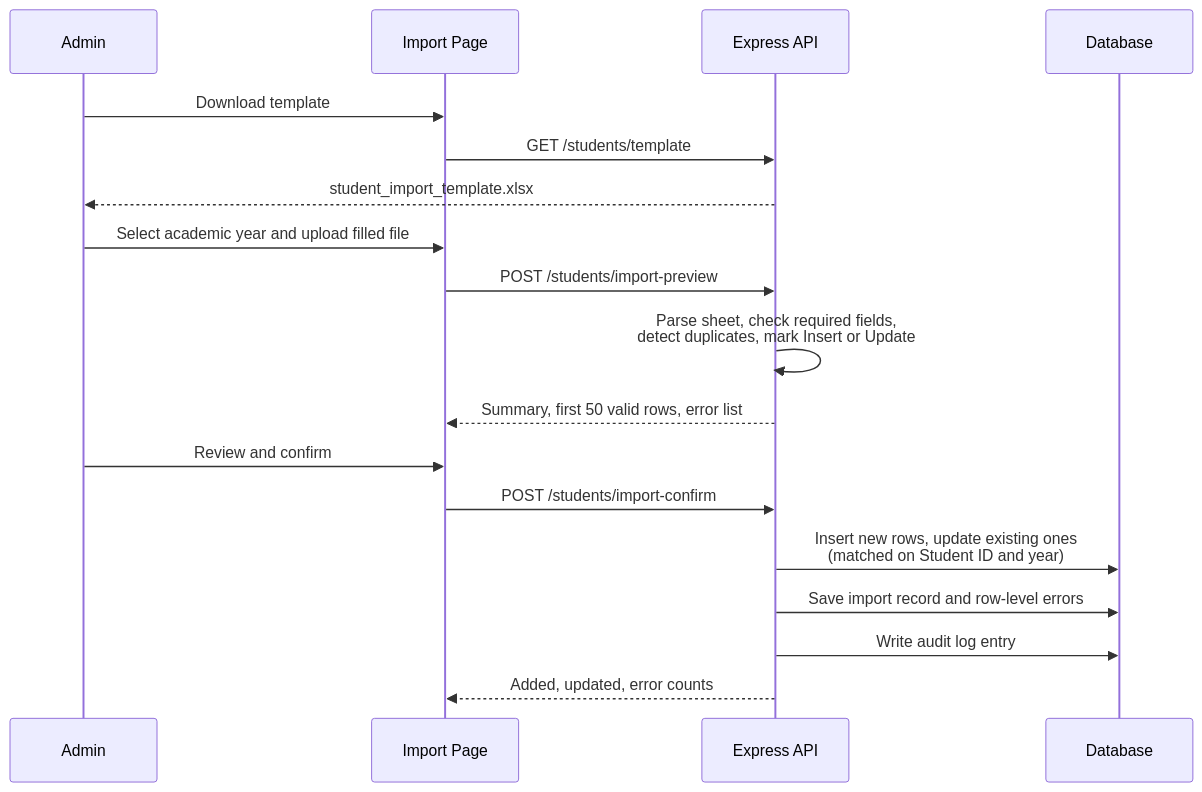
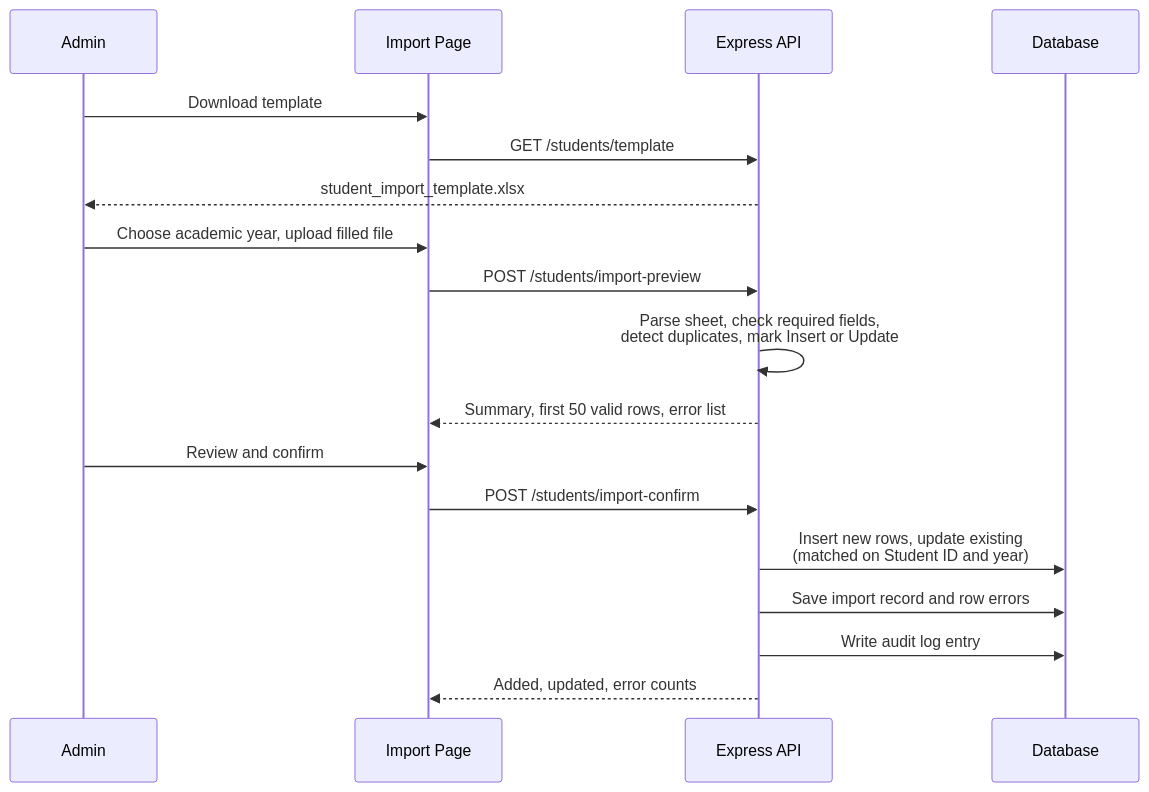
Before and after one commit to MahalaxmiKouchika/TSMS-dashboard: the fifth of 6 diagrams in README.md, drawn with Mermaid. The commit also changed other lines of this file, not shown here.

````diff
--- a/README.md
+++ b/README.md
@@ -423,21 +491,21 @@
 ```mermaid
 sequenceDiagram
     participant A as Admin
     participant UI as Import Page
     participant API as Express API
     participant DB as Database
  
     A->>UI: Download template
     UI->>API: GET /students/template
     API-->>A: student_import_template.xlsx
-    A->>UI: Select academic year and upload filled file
+    A->>UI: Choose academic year, upload filled file
     UI->>API: POST /students/import-preview
     API->>API: Parse sheet, check required fields,<br/>detect duplicates, mark Insert or Update
     API-->>UI: Summary, first 50 valid rows, error list
     A->>UI: Review and confirm
     UI->>API: POST /students/import-confirm
-    API->>DB: Insert new rows, update existing ones<br/>(matched on Student ID and year)
-    API->>DB: Save import record and row-level errors
+    API->>DB: Insert new rows, update existing<br/>(matched on Student ID and year)
+    API->>DB: Save import record and row errors
     API->>DB: Write audit log entry
     API-->>UI: Added, updated, error counts
 ```
````
